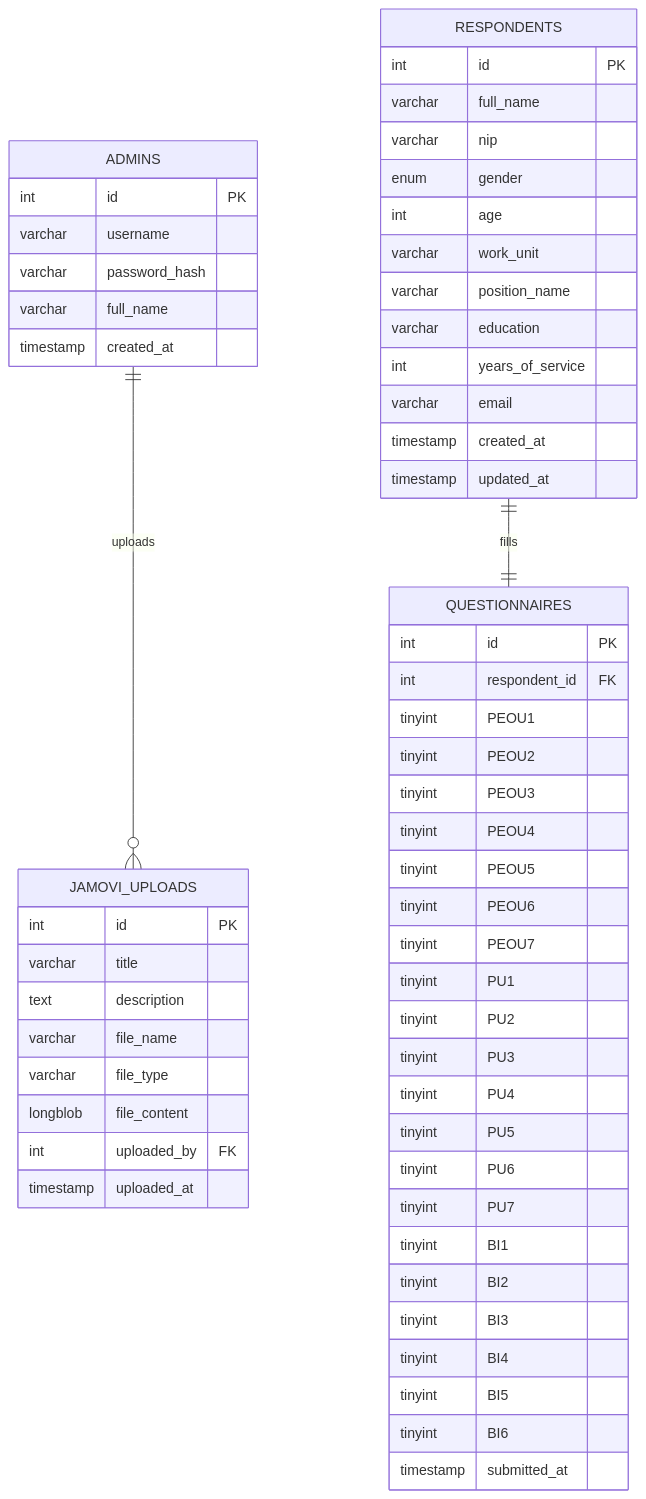
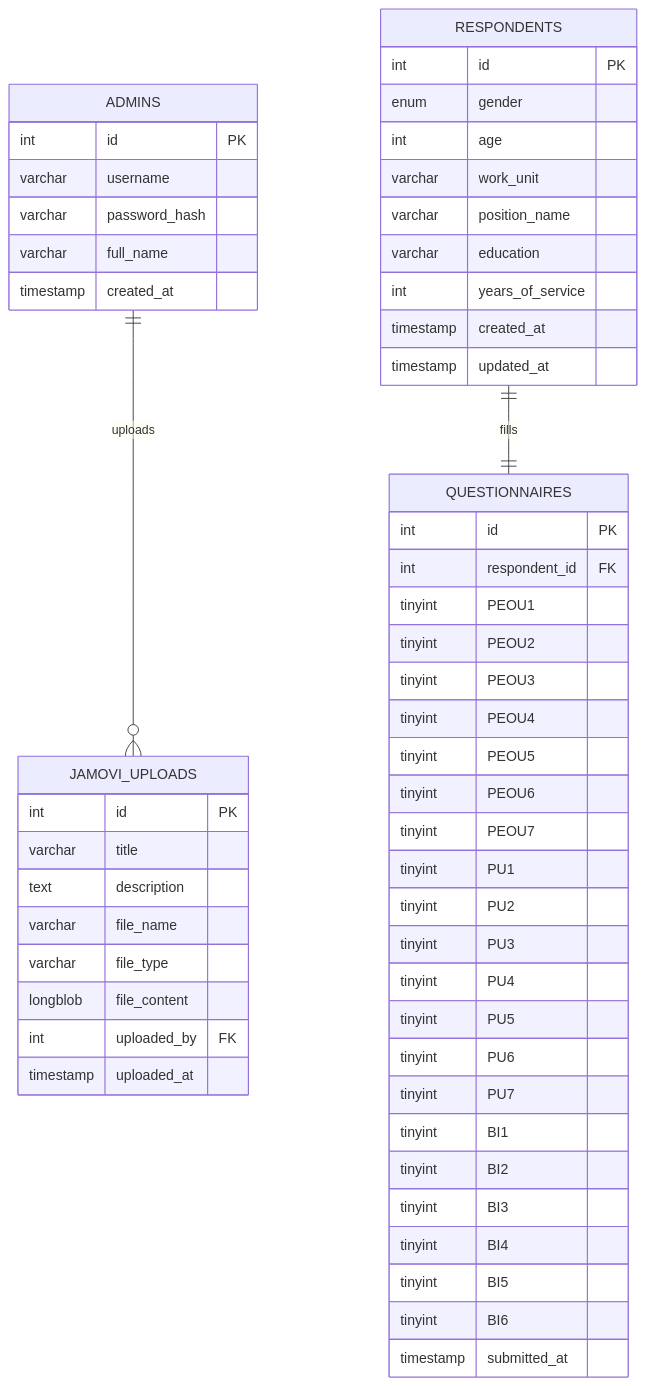
One commit to Gin-Gone26/dashboard-evaluasi-bebeong changed the diagram in docs/erd.md. Above: the diagram before and after it, drawn with Mermaid. The commit also changed 14 other files, not shown here.

````diff
--- a/docs/erd.md
+++ b/docs/erd.md
@@ -3,65 +3,62 @@
 ```mermaid
 erDiagram
     ADMINS ||--o{ JAMOVI_UPLOADS : uploads
     RESPONDENTS ||--|| QUESTIONNAIRES : fills
 
     ADMINS {
         int id PK
         varchar username
         varchar password_hash
         varchar full_name
         timestamp created_at
     }
 
     RESPONDENTS {
         int id PK
-        varchar full_name
-        varchar nip
         enum gender
         int age
         varchar work_unit
         varchar position_name
         varchar education
         int years_of_service
-        varchar email
         timestamp created_at
         timestamp updated_at
     }
 
     QUESTIONNAIRES {
         int id PK
         int respondent_id FK
         tinyint PEOU1
         tinyint PEOU2
         tinyint PEOU3
         tinyint PEOU4
         tinyint PEOU5
         tinyint PEOU6
         tinyint PEOU7
         tinyint PU1
         tinyint PU2
         tinyint PU3
         tinyint PU4
         tinyint PU5
         tinyint PU6
         tinyint PU7
         tinyint BI1
         tinyint BI2
         tinyint BI3
         tinyint BI4
         tinyint BI5
         tinyint BI6
         timestamp submitted_at
     }
 
     JAMOVI_UPLOADS {
         int id PK
         varchar title
         text description
         varchar file_name
         varchar file_type
         longblob file_content
         int uploaded_by FK
         timestamp uploaded_at
     }
 ```
````
